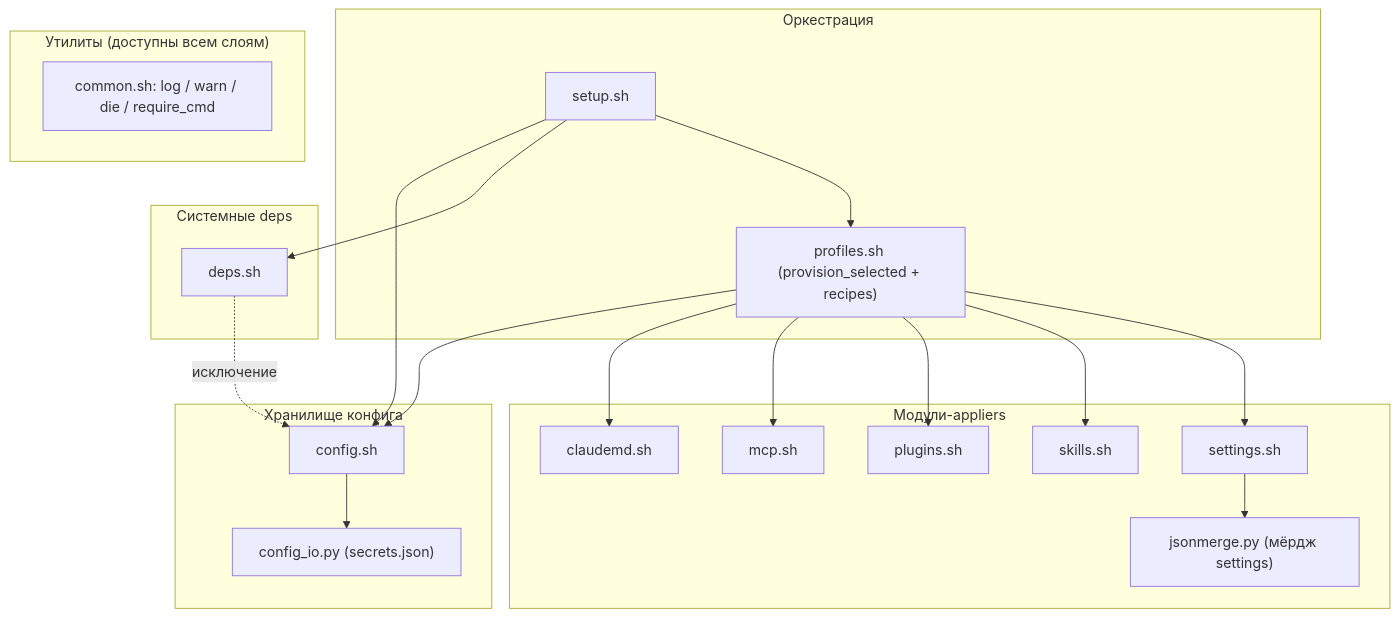
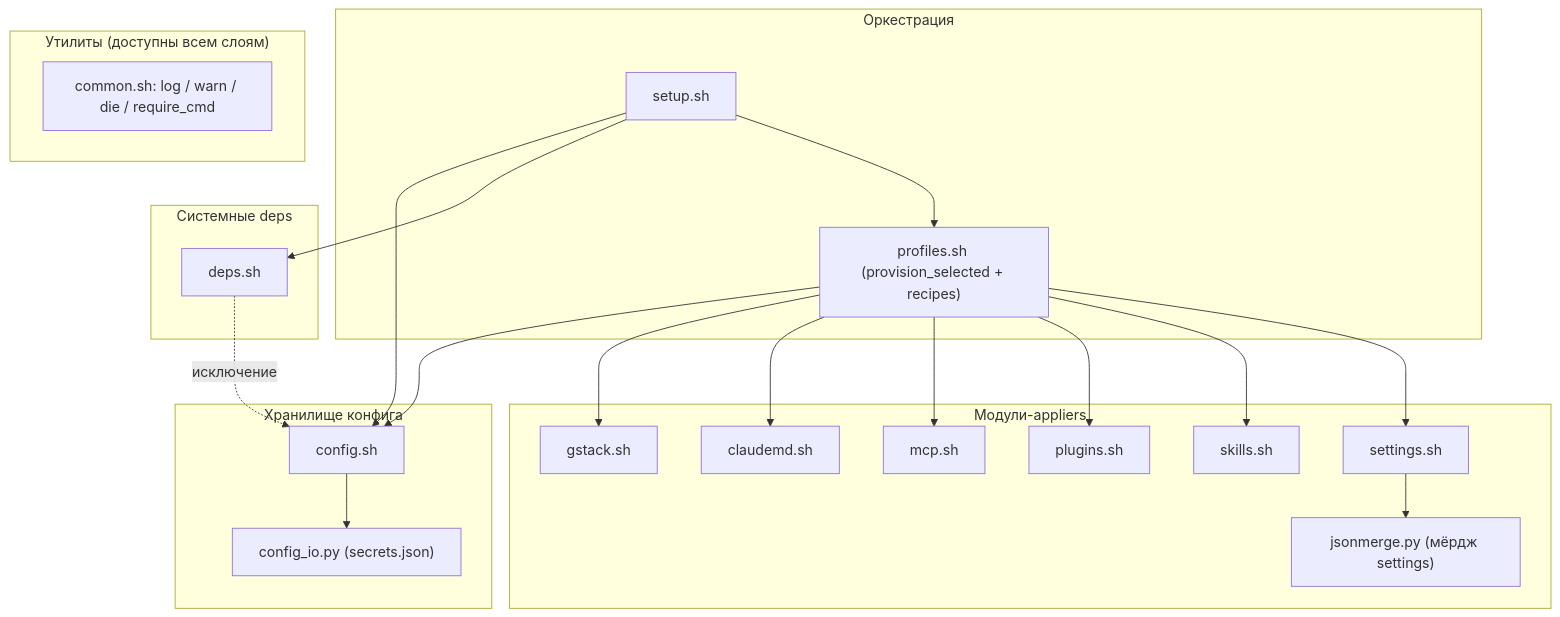
One commit to stpntkhnv/claudefiles changed the first of 4 diagrams in docs/architecture.md. Above: the diagram before and after it, drawn with Mermaid. The commit also changed other lines of this file and 6 other files, not shown here.

````diff
--- a/docs/architecture.md
+++ b/docs/architecture.md
@@ -9,34 +9,36 @@
 ```mermaid
 flowchart TD
   subgraph orch["Оркестрация"]
     setup["setup.sh"]
     prof["profiles.sh (provision_selected + recipes)"]
   end
   subgraph sysdeps["Системные deps"]
     deps["deps.sh"]
   end
   subgraph appliers["Модули-appliers"]
     settings["settings.sh"]
     jsonmerge["jsonmerge.py (мёрдж settings)"]
     skills["skills.sh"]
     plugins["plugins.sh"]
     mcp["mcp.sh"]
     claudemd["claudemd.sh"]
+    gstack["gstack.sh"]
   end
   subgraph cfg["Хранилище конфига"]
     config["config.sh"]
     configio["config_io.py (secrets.json)"]
   end
   subgraph util["Утилиты (доступны всем слоям)"]
     common["common.sh: log / warn / die / require_cmd"]
   end
 
   setup --> prof
   setup --> deps
   setup --> config
   prof --> settings & skills & plugins & mcp & claudemd
+  prof --> gstack
   settings --> jsonmerge
   prof --> config
   config --> configio
   deps -.->|исключение| config
 ```
````
